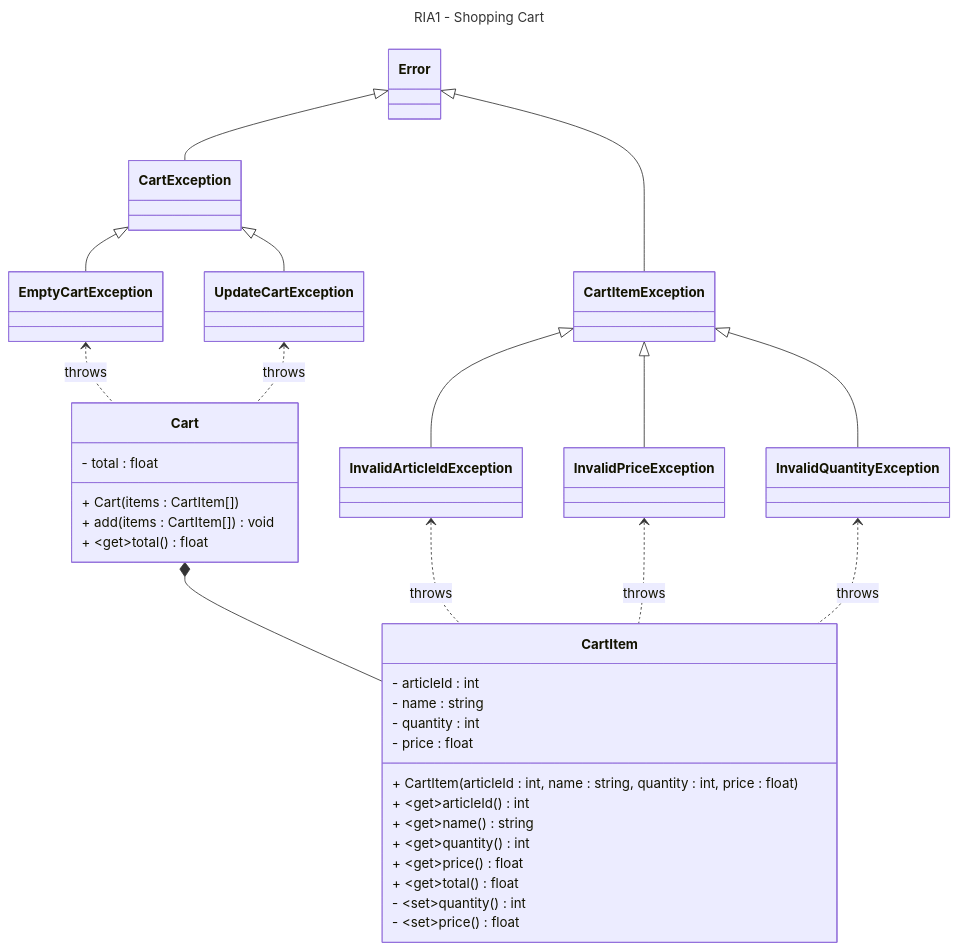
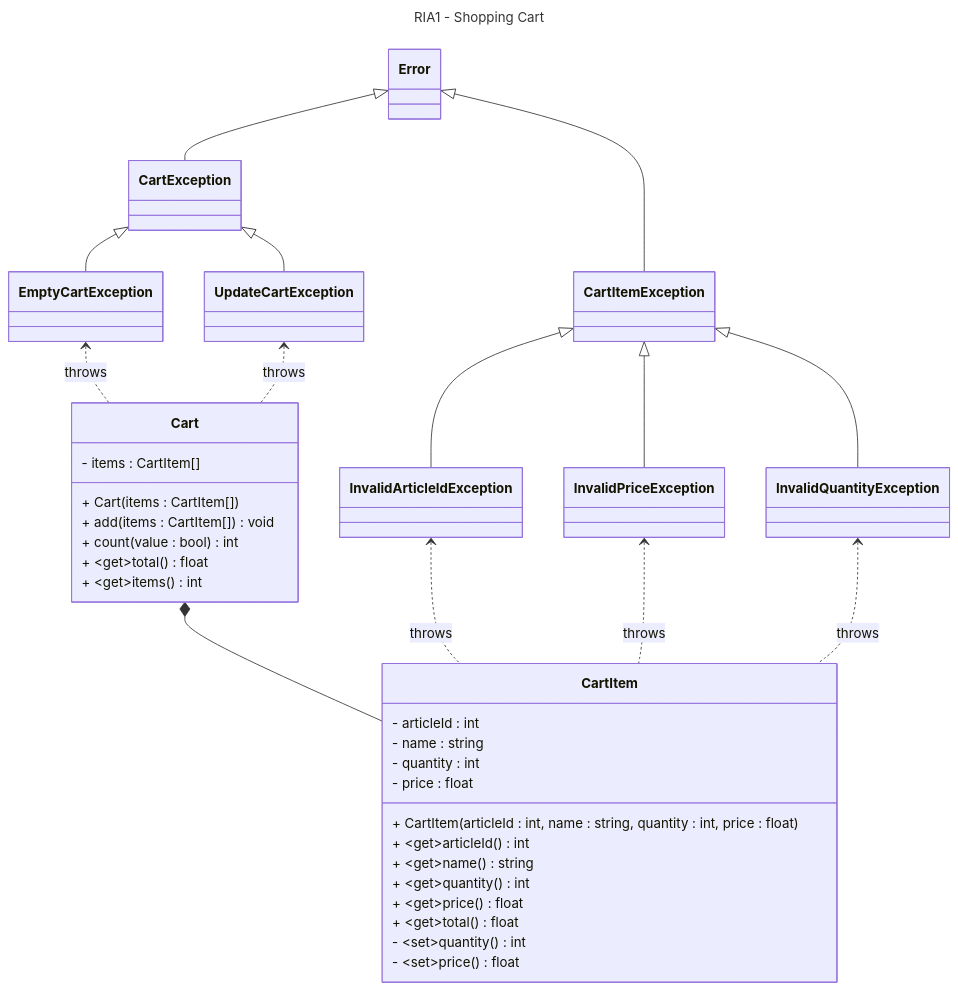
Before and after one commit to dieperid/Shopping: the diagram in docs/class-diagram.md, drawn with Mermaid.

Commit message:
docs: adapted class diagram

````diff
--- a/docs/class-diagram.md
+++ b/docs/class-diagram.md
@@ -1,57 +1,59 @@
 ```mermaid
 ---
 title: RIA1 - Shopping Cart
 ---
 classDiagram
     class CartItem {
         - articleId : int
         - name : string
         - quantity : int
         - price : float
 
         + CartItem(articleId : int, name : string, quantity : int, price : float)
         + ~get~articleId() int
         + ~get~name() string
         + ~get~quantity() int
         + ~get~price() float
         + ~get~total() float
         - ~set~quantity() int
         - ~set~price() float
     }
 
     class Cart {
-        - total : float
+        - items : CartItem[]
 
         + Cart(items : CartItem[])
         + add(items : CartItem[]) void
+        + count(value : bool) int
         + ~get~total() float
+        + ~get~items() int
     }
 
     Cart *-- CartItem
 
     Error <|-- CartException
     Error <|-- CartItemException
 
     class CartItemException { }
     class InvalidArticleIdException { }
     class InvalidPriceException { }
     class InvalidQuantityException { }
 
     CartItemException <|-- InvalidArticleIdException
     CartItemException <|-- InvalidPriceException
     CartItemException <|-- InvalidQuantityException
 
     class CartException { }
     class EmptyCartException { }
     class UpdateCartException { }
 
     CartException <|-- EmptyCartException
     CartException <|-- UpdateCartException
 
     InvalidArticleIdException <.. CartItem : throws
     InvalidPriceException <.. CartItem : throws
     InvalidQuantityException <.. CartItem : throws
 
     EmptyCartException <.. Cart : throws
     UpdateCartException <.. Cart : throws
 ```
````
